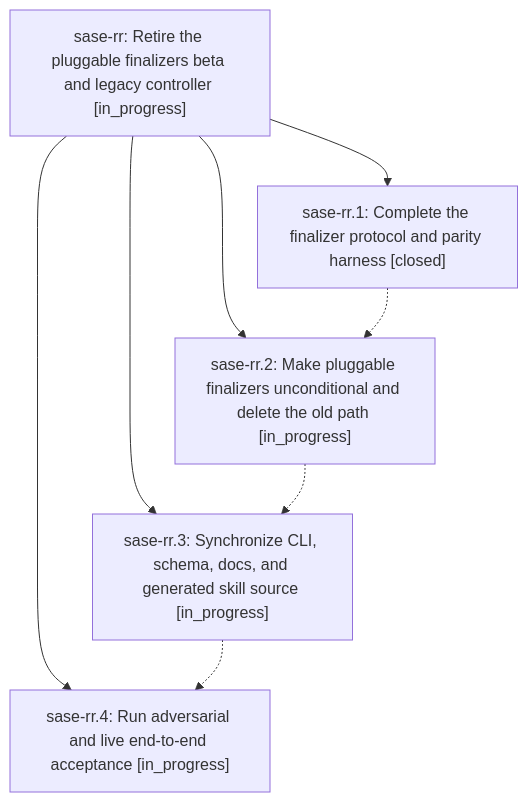
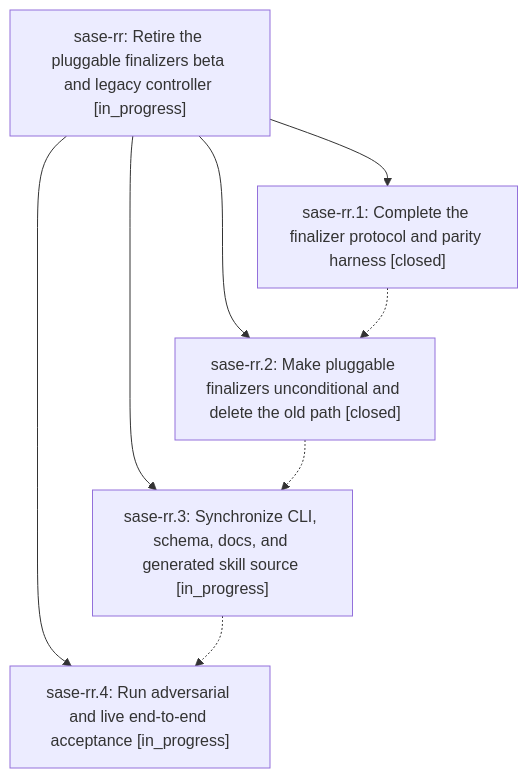
The diagram in pages/sase-rr/README.md (sase-org/sase--beads), drawn with Mermaid before and after one commit. The commit also changed other lines of this file and 3 other files, not shown here.

````diff
--- a/pages/sase-rr/README.md
+++ b/pages/sase-rr/README.md
@@ -29,15 +31,15 @@
 ```mermaid
 flowchart TD
     n0["sase-rr: Retire the pluggable finalizers beta and legacy controller [in_progress]"]
     n1["sase-rr.1: Complete the finalizer protocol and parity harness [closed]"]
-    n2["sase-rr.2: Make pluggable finalizers unconditional and delete the old path [in_progress]"]
+    n2["sase-rr.2: Make pluggable finalizers unconditional and delete the old path [closed]"]
     n3["sase-rr.3: Synchronize CLI, schema, docs, and generated skill source [in_progress]"]
     n4["sase-rr.4: Run adversarial and live end-to-end acceptance [in_progress]"]
     n0 --> n1
     n0 --> n2
     n0 --> n3
     n0 --> n4
     n1 -.-> n2
     n2 -.-> n3
     n3 -.-> n4
 ```
````
